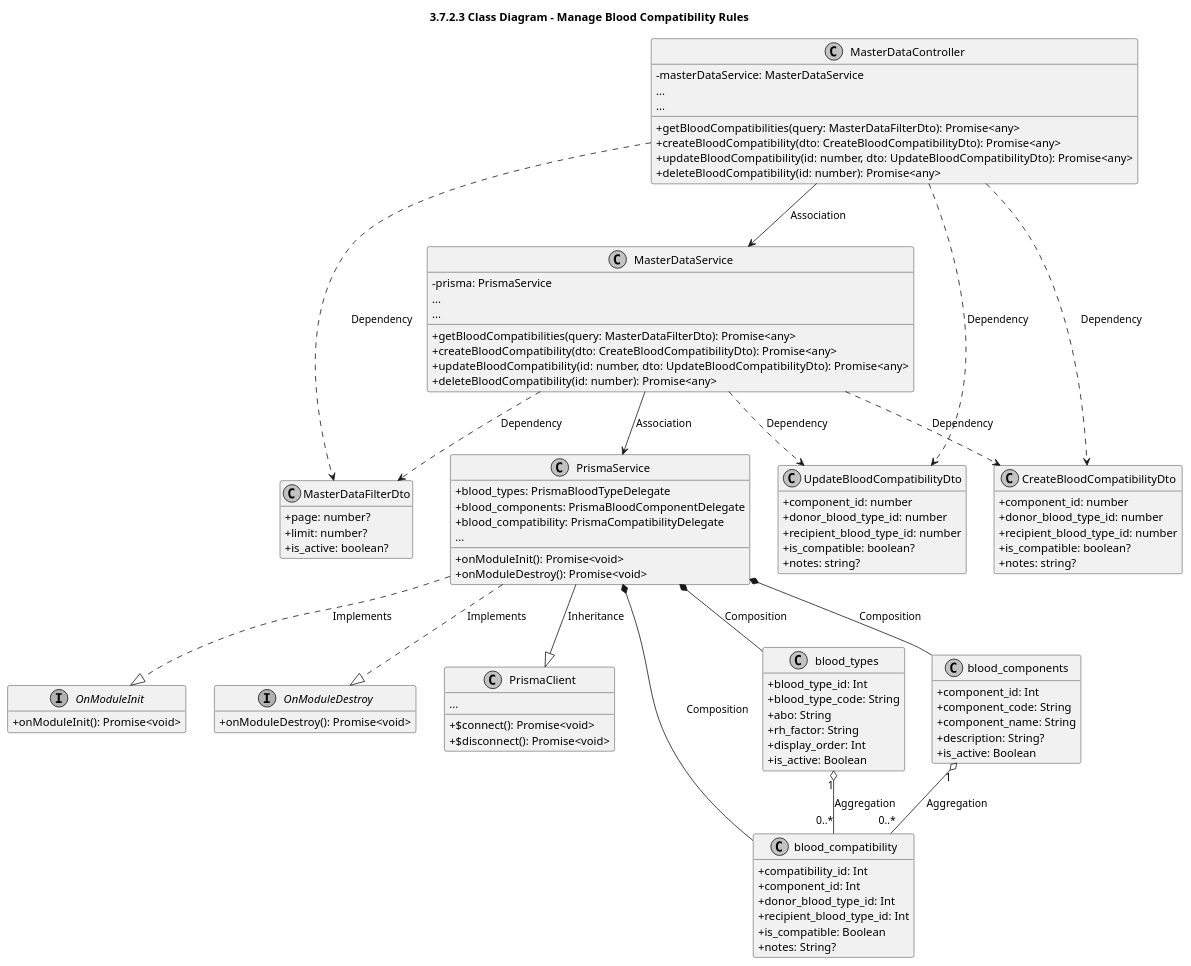
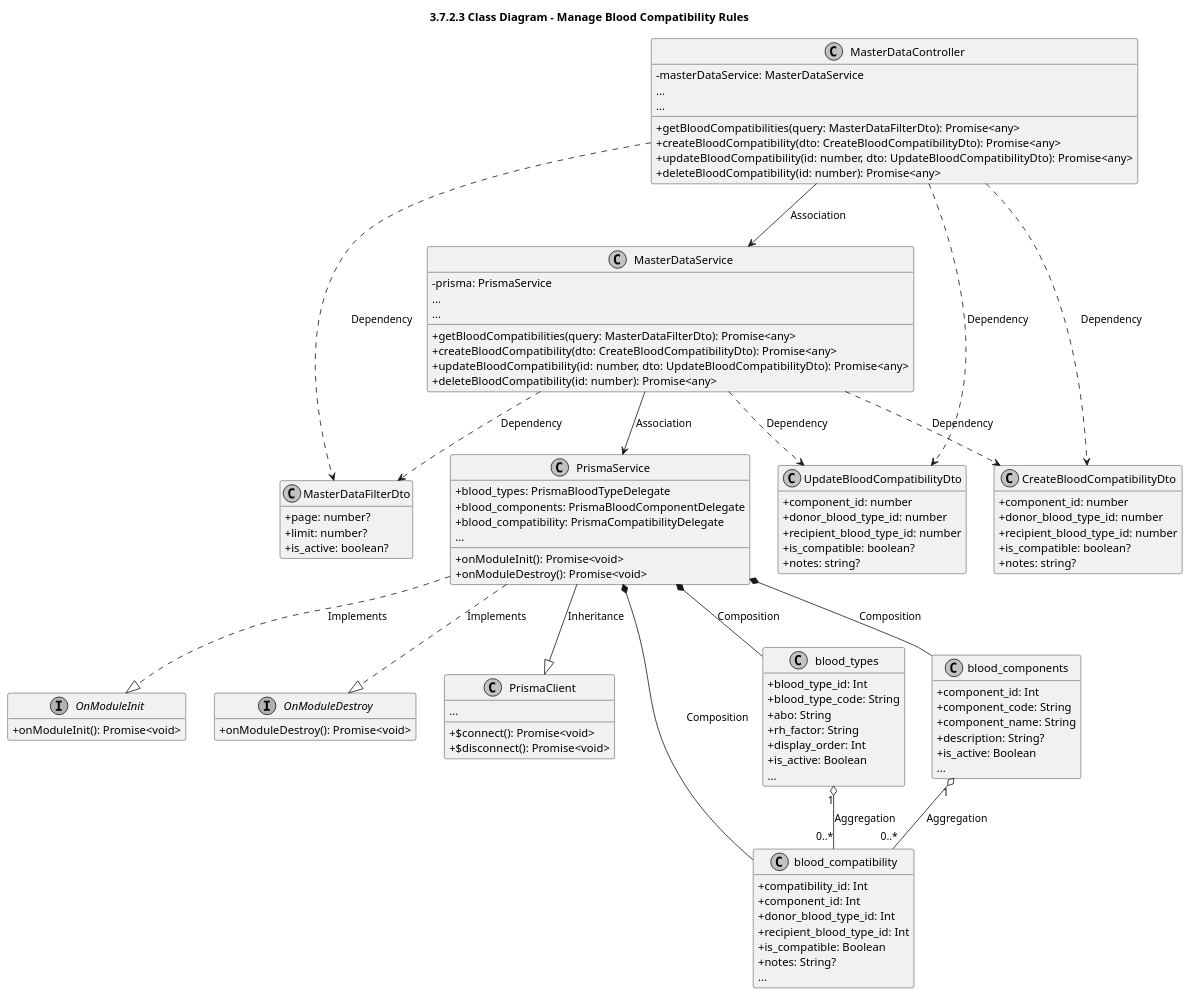
Before and after one commit to CuongBC195/class-diagram-donation-blood: the fourth of 6 diagrams in modules_plantuml/07_master-data.md, drawn with PlantUML. The commit also changed other lines of this file and 39 other files, not shown here.

Commit message:
fix(diagrams): apply strict ellipsis rules and synchronize entity/DTO relationships across all 13 modules

```diff
--- a/modules_plantuml/07_master-data.md
+++ b/modules_plantuml/07_master-data.md
@@ -591,6 +734,7 @@
   +rh_factor: String
   +display_order: Int
   +is_active: Boolean
+  ...
 }
 
 class blood_components {
@@ -599,6 +743,7 @@
   +component_name: String
   +description: String?
   +is_active: Boolean
+  ...
 }
 
 class blood_compatibility {
@@ -608,6 +753,7 @@
   +recipient_blood_type_id: Int
   +is_compatible: Boolean
   +notes: String?
+  ...
 }
 
 MasterDataController --> MasterDataService : Association
```
